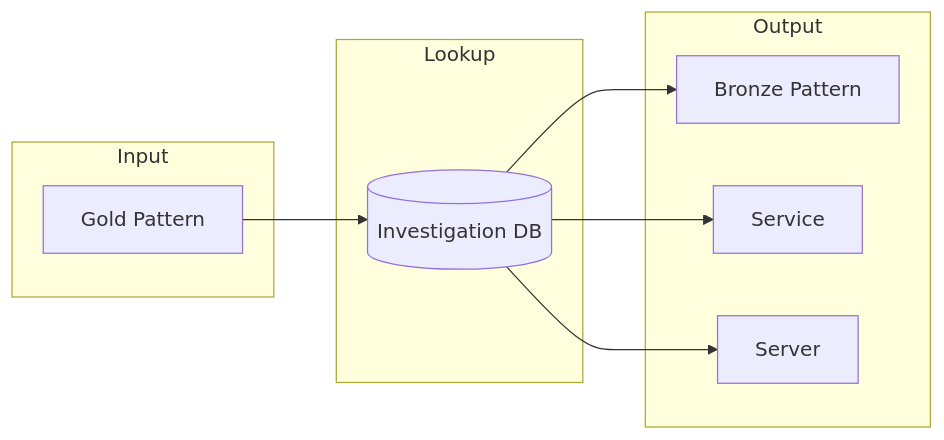
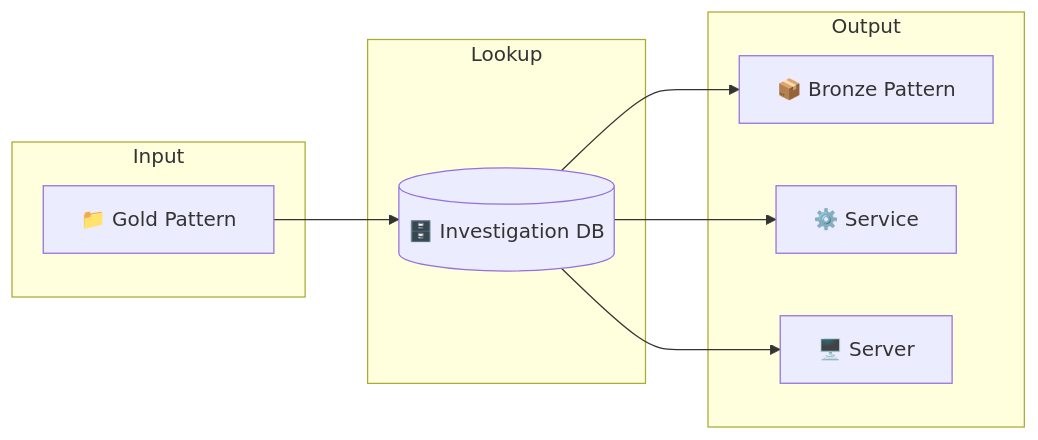
Before and after one commit to ThanuMahee12/AgentContext: the second of 22 diagrams in docs/brainstorms/investigation-db.md, drawn with Mermaid. The commit also changed other lines of this file, not shown here.

Commit message:
docs: use Unicode emojis for mermaid diagram support

````diff
--- a/docs/brainstorms/investigation-db.md
+++ b/docs/brainstorms/investigation-db.md
@@ -27,21 +27,21 @@
 ```mermaid
 flowchart LR
     subgraph Input
-        G["Gold Pattern"]
+        G["📁 Gold Pattern"]
     end
 
     subgraph Lookup
-        DB[("Investigation DB")]
+        DB[("🗄️ Investigation DB")]
     end
 
     subgraph Output
-        B["Bronze Pattern"]
-        SVC["Service"]
-        SRV["Server"]
+        B["📦 Bronze Pattern"]
+        SVC["⚙️ Service"]
+        SRV["🖥️ Server"]
     end
 
     G --> DB
     DB --> B
     DB --> SVC
     DB --> SRV
 ```
````
